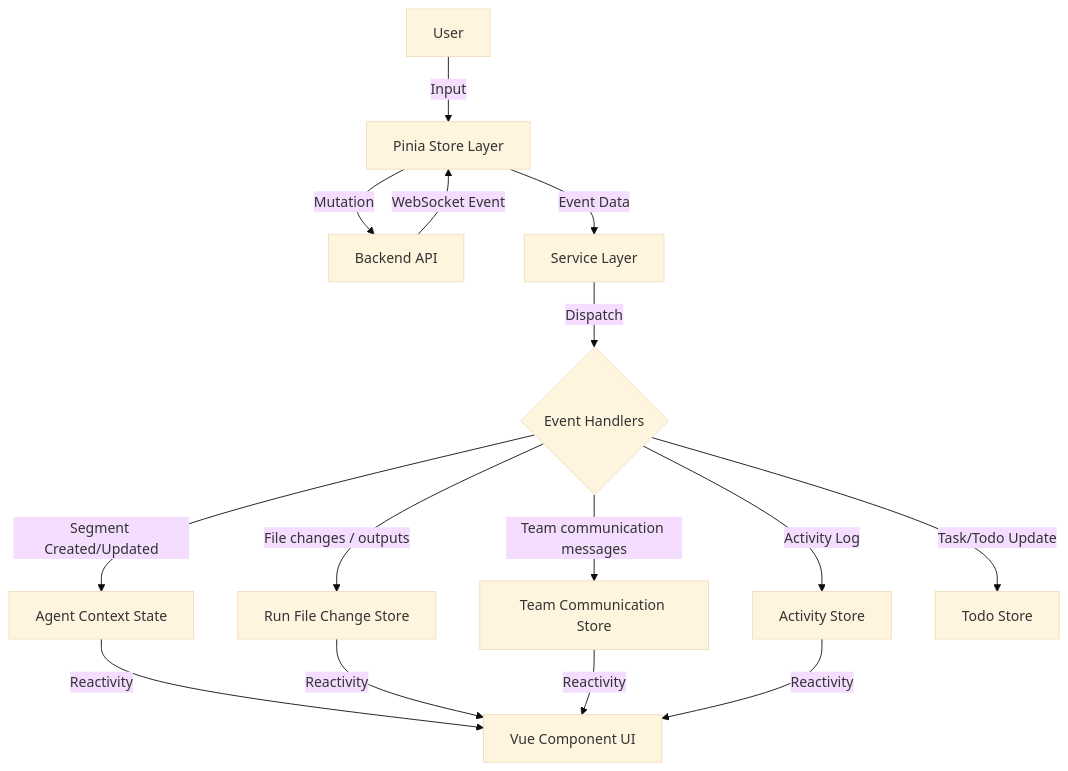
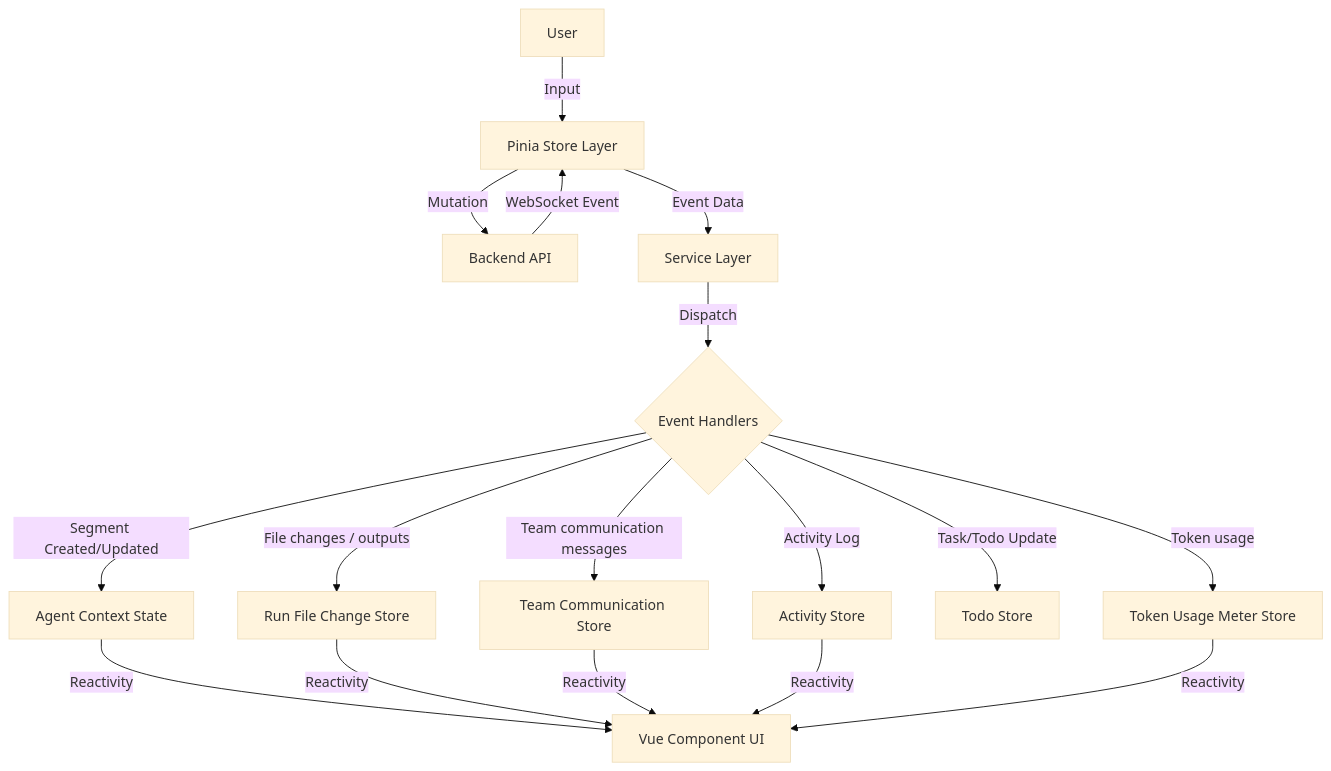
One commit to AutoByteus/autobyteus-workspace changed the diagram in autobyteus-web/docs/agent_execution_architecture.md. Above: the diagram before and after it, drawn with Mermaid (base theme). The commit also changed other lines of this file and 131 other files, not shown here.

Commit message:
feat: add token usage ledger transparency

````diff
--- a/autobyteus-web/docs/agent_execution_architecture.md
+++ b/autobyteus-web/docs/agent_execution_architecture.md
@@ -13,20 +13,22 @@
 ```mermaid
 graph TD
     User-->|Input| Store[Pinia Store Layer]
     Store-->|Mutation| Backend[Backend API]
     Backend-->|WebSocket Event| Store
     Store-->|Event Data| Service[Service Layer]
 
     Service-->|Dispatch| Handler{Event Handlers}
 
     Handler-->|Segment Created/Updated| Context[Agent Context State]
     Handler-->|File changes / outputs| RunFileChangeStore[Run File Change Store]
     Handler-->|Team communication messages| TeamCommunicationStore[Team Communication Store]
     Handler-->|Activity Log| ActivityStore[Activity Store]
     Handler-->|Task/Todo Update| TodoStore[Todo Store]
+    Handler-->|Token usage| UsageMeterStore[Token Usage Meter Store]
 
     Context-->|Reactivity| UI[Vue Component UI]
     RunFileChangeStore-->|Reactivity| UI
     TeamCommunicationStore-->|Reactivity| UI
     ActivityStore-->|Reactivity| UI
+    UsageMeterStore-->|Reactivity| UI
 ```
````
